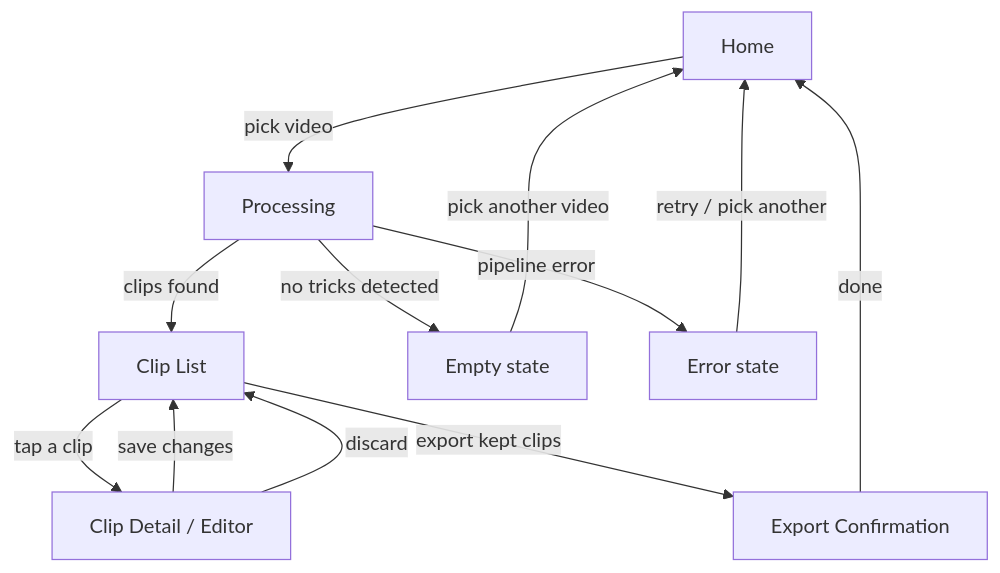
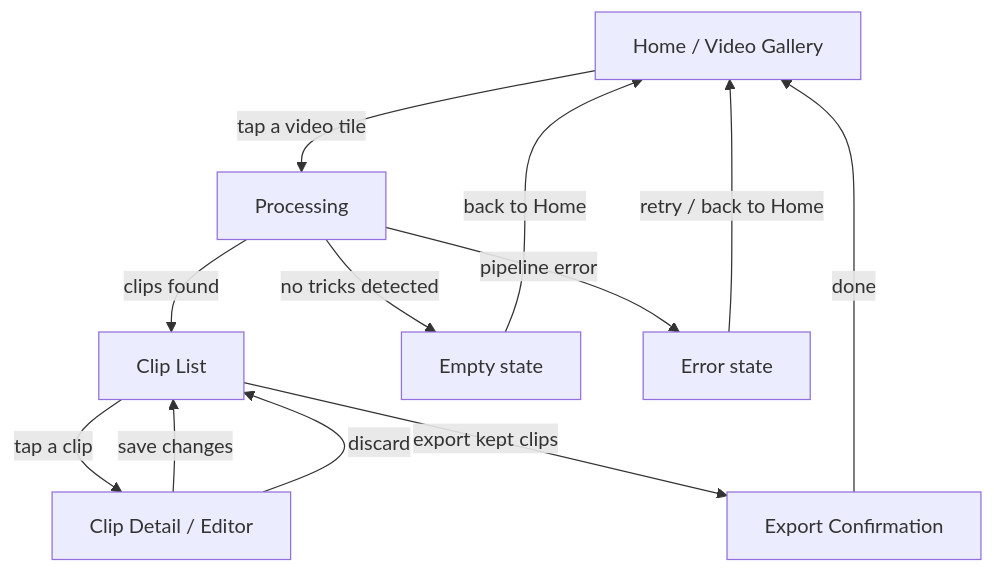
Before and after one commit to hoiekim/turnip-ios: the diagram in docs/UIUX.md, drawn with Mermaid. The commit also changed other lines of this file, not shown here.

First line of the commit message:
docs: make Home a Photos video gallery grid, not a picker sheet

````diff
--- a/docs/UIUX.md
+++ b/docs/UIUX.md
@@ -27,14 +27,14 @@
 ```mermaid
 flowchart TD
-    A[Home] -->|pick video| B[Processing]
+    A[Home / Video Gallery] -->|tap a video tile| B[Processing]
     B -->|clips found| C[Clip List]
     B -->|no tricks detected| E1[Empty state]
     B -->|pipeline error| E2[Error state]
-    E1 -->|pick another video| A
-    E2 -->|retry / pick another| A
+    E1 -->|back to Home| A
+    E2 -->|retry / back to Home| A
     C -->|tap a clip| D[Clip Detail / Editor]
     D -->|save changes| C
     D -->|discard| C
     C -->|export kept clips| F[Export Confirmation]
     F -->|done| A
 ```
````
